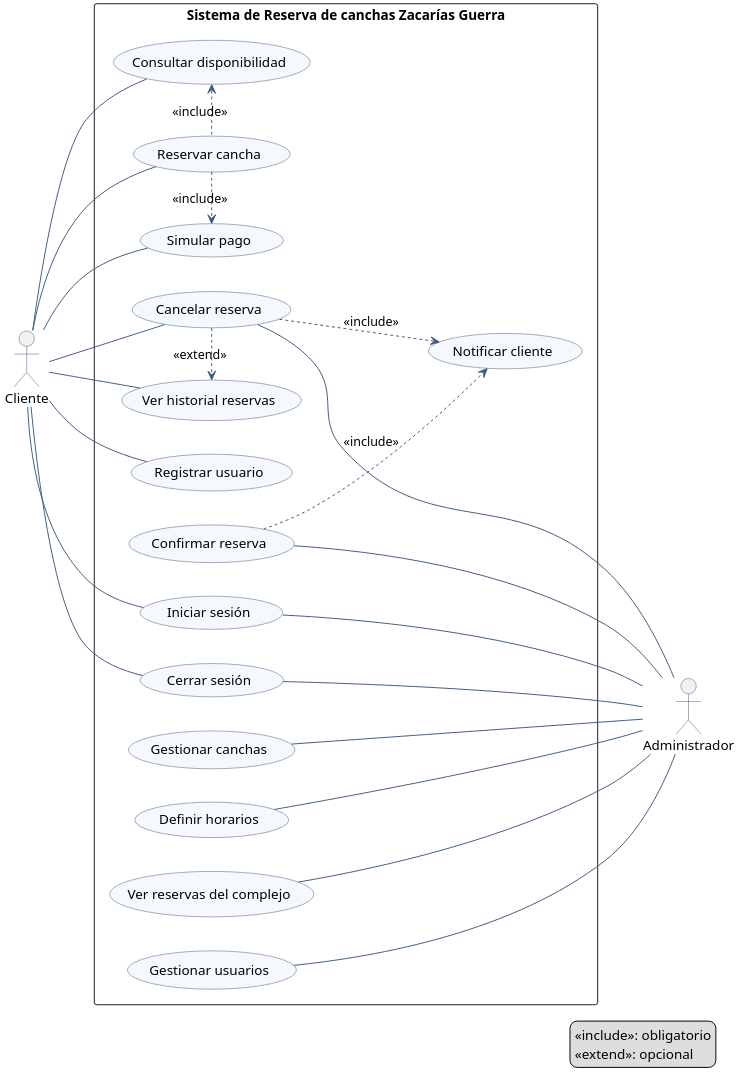
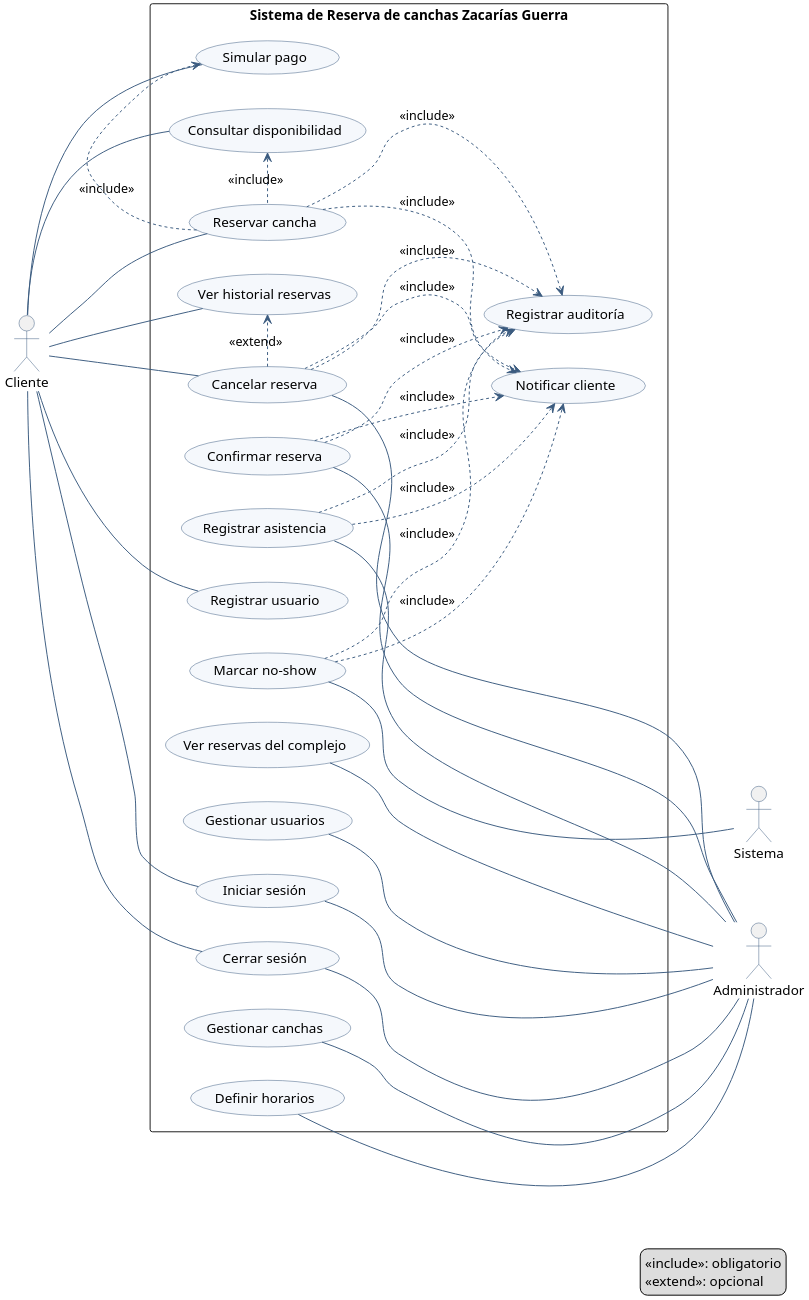
Before and after one commit to Mattmnz/reservas-zacarias-guerra: the diagram in docs/modelos/casos-de-uso.puml, drawn with PlantUML. The commit also changed 3 other files, not shown here.

Commit message:
docs(modelos): aplicar las ampliaciones 1 a 4 al diagrama general de casos de uso

```diff
--- a/docs/modelos/casos-de-uso.puml
+++ b/docs/modelos/casos-de-uso.puml
@@ -1,63 +1,79 @@
 @startuml casos-de-uso
-' Diagrama general de casos de uso (E1 Cap. I) con las correcciones de la sección 4.1 de docs/trazabilidad.md
+' Diagrama general de casos de uso (E1 Cap. I) con las correcciones de la sección 4.1 y las ampliaciones 1 a 4 de la sección 4.2 de docs/trazabilidad.md
 skinparam dpi 220
 skinparam defaultFontName Arial
 skinparam shadowing false
 skinparam packageStyle rectangle
 skinparam usecase {
   BackgroundColor #F5F8FC
   BorderColor #3B5B7F
 }
 skinparam actorBorderColor #3B5B7F
 skinparam ArrowColor #3B5B7F
 left to right direction
 
 actor Cliente
 actor Administrador
+actor Sistema
 
 rectangle "Sistema de Reserva de canchas Zacarías Guerra" {
   usecase "Registrar usuario" as RegUsuario
   usecase "Iniciar sesión" as Login
   usecase "Cerrar sesión" as Logout
   usecase "Consultar disponibilidad" as Disponibilidad
   usecase "Reservar cancha" as Reservar
   usecase "Simular pago" as Pago
   usecase "Ver historial reservas" as Historial
   usecase "Cancelar reserva" as Cancelar
   usecase "Notificar cliente" as Notificar
   usecase "Confirmar reserva" as Confirmar
   usecase "Gestionar canchas" as Canchas
   usecase "Definir horarios" as Horarios
   usecase "Ver reservas del complejo" as ReservasComplejo
   usecase "Gestionar usuarios" as Usuarios
+  usecase "Registrar asistencia" as Asistencia
+  usecase "Marcar no-show" as NoShow
+  usecase "Registrar auditoría" as Auditoria
 }
 
 Cliente -- Disponibilidad
 Cliente -- Reservar
 Cliente -- Pago
 Cliente -- Historial
 Cliente -- RegUsuario
 Cliente -- Cancelar
 Cliente -- Login
 Cliente -- Logout
 
 Login --- Administrador
 Logout --- Administrador
 Usuarios --- Administrador
 Cancelar --- Administrador
 Confirmar --- Administrador
 Canchas --- Administrador
 Horarios --- Administrador
 ReservasComplejo --- Administrador
+Asistencia --- Administrador
+
+NoShow --- Sistema
 
 Disponibilidad <. Reservar : <<include>>
 Reservar .> Pago : <<include>>
 Cancelar .> Historial : <<extend>>
 Cancelar ..> Notificar : <<include>>
 Confirmar ..> Notificar : <<include>>
+Reservar ..> Notificar : <<include>>
+Asistencia ..> Notificar : <<include>>
+NoShow ..> Notificar : <<include>>
+
+Reservar ..> Auditoria : <<include>>
+Confirmar ..> Auditoria : <<include>>
+Cancelar ..> Auditoria : <<include>>
+Asistencia ..> Auditoria : <<include>>
+NoShow ..> Auditoria : <<include>>
 
 legend right
   <<include>>: obligatorio
   <<extend>>: opcional
 endlegend
 @enduml
```
